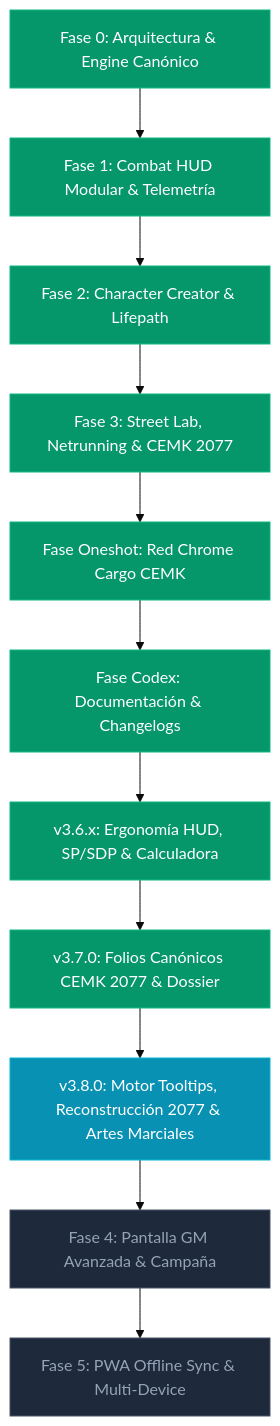
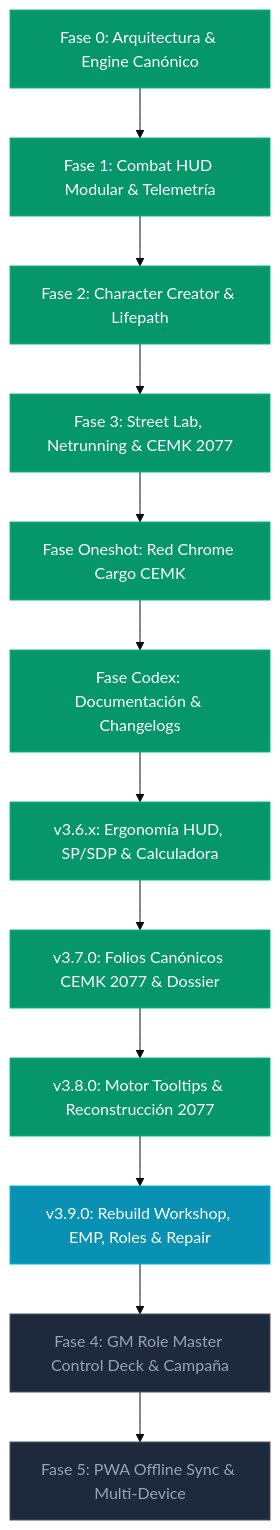
One commit to Notefuk/Cyberpunk- changed the diagram in PROJECT_STATUS_AND_ROADMAP.md. Above: the diagram before and after it, drawn with Mermaid (base theme). The commit also changed other lines of this file and 13 other files, not shown here.

Commit message:
v3.9.0 CEMK 2077 Weapon Rebuild Workshop, EMP Manager, Resting & Armor Repair, Full Turn Actions Cheat Sheet, Compendium Multi-Sorting, NET Floor Fog of War & Phase 4 GM Role Docs

````diff
--- a/PROJECT_STATUS_AND_ROADMAP.md
+++ b/PROJECT_STATUS_AND_ROADMAP.md
@@ -43,25 +47,27 @@
 ```mermaid
 flowchart TD
     F0[Fase 0: Arquitectura & Engine Canónico] --> F1[Fase 1: Combat HUD Modular & Telemetría]
     F1 --> F2[Fase 2: Character Creator & Lifepath]
     F2 --> F3[Fase 3: Street Lab, Netrunning & CEMK 2077]
     F3 --> F_ONE[Fase Oneshot: Red Chrome Cargo CEMK]
     F_ONE --> F_CODEX[Fase Codex: Documentación & Changelogs]
     F_CODEX --> F_ERGO[v3.6.x: Ergonomía HUD, SP/SDP & Calculadora]
     F_ERGO --> F_FOLIO[v3.7.0: Folios Canónicos CEMK 2077 & Dossier]
-    F_FOLIO --> F_TOOLTIP[v3.8.0: Motor Tooltips, Reconstrucción 2077 & Artes Marciales]
-    F_TOOLTIP --> F4[Fase 4: Pantalla GM Avanzada & Campaña]
+    F_FOLIO --> F_TOOLTIP[v3.8.0: Motor Tooltips & Reconstrucción 2077]
+    F_TOOLTIP --> F_REBUILD[v3.9.0: Rebuild Workshop, EMP, Roles & Repair]
+    F_REBUILD --> F4[Fase 4: GM Role Master Control Deck & Campaña]
     F4 --> F5[Fase 5: PWA Offline Sync & Multi-Device]
 
     style F0 fill:#059669,stroke:#10b981,color:#fff
     style F1 fill:#059669,stroke:#10b981,color:#fff
     style F2 fill:#059669,stroke:#10b981,color:#fff
     style F3 fill:#059669,stroke:#10b981,color:#fff
     style F_ONE fill:#059669,stroke:#10b981,color:#fff
     style F_CODEX fill:#059669,stroke:#10b981,color:#fff
     style F_ERGO fill:#059669,stroke:#10b981,color:#fff
     style F_FOLIO fill:#059669,stroke:#10b981,color:#fff
-    style F_TOOLTIP fill:#0891b2,stroke:#06b6d4,color:#fff
+    style F_TOOLTIP fill:#059669,stroke:#10b981,color:#fff
+    style F_REBUILD fill:#0891b2,stroke:#06b6d4,color:#fff
     style F4 fill:#1e293b,stroke:#475569,color:#94a3b8
     style F5 fill:#1e293b,stroke:#475569,color:#94a3b8
 ```
````
